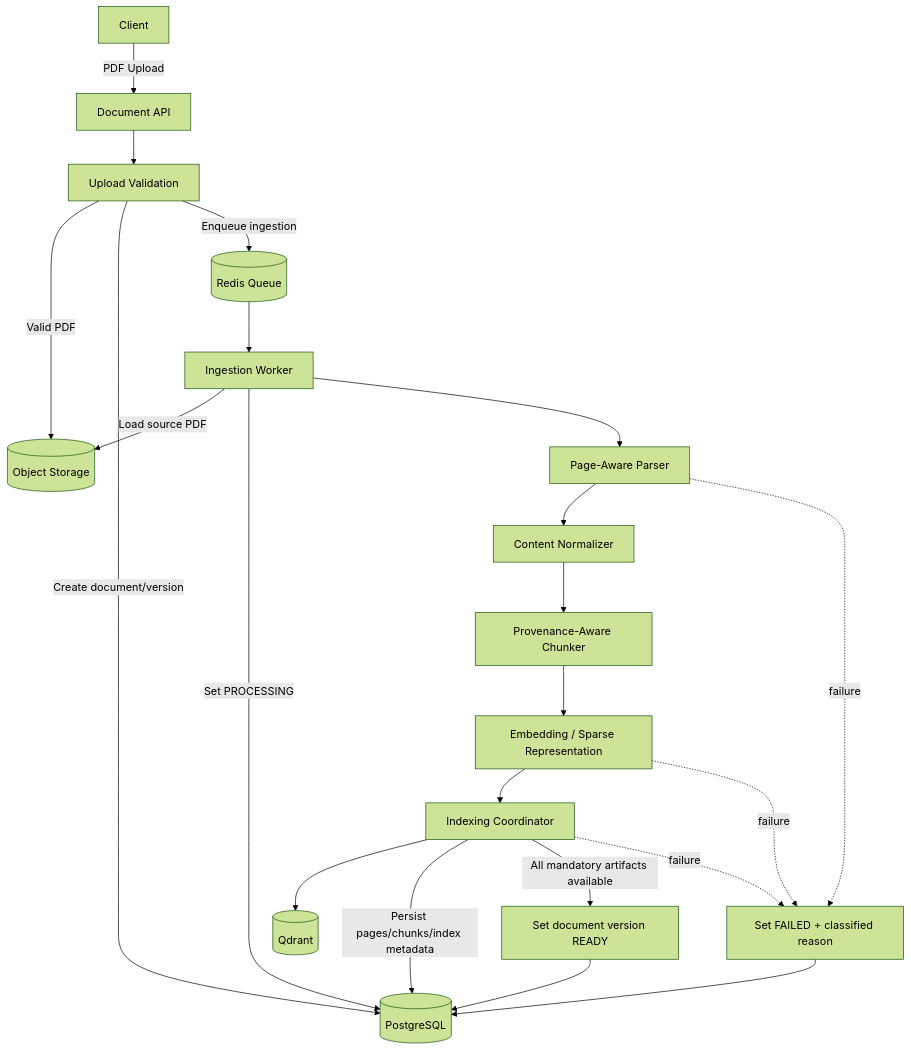
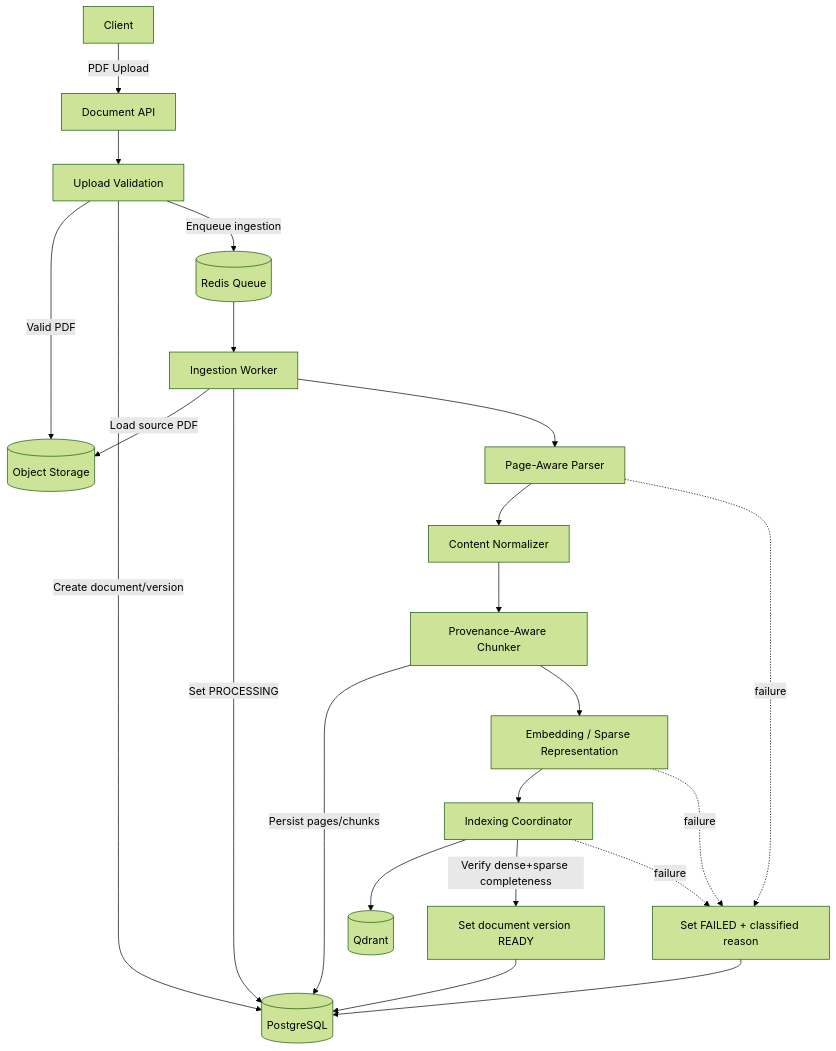
The diagram in docs/architecture/diagrams/02-ingestion-flow.md (pranjulya/cited-RAG-Bot), drawn with Mermaid (forest theme) before and after one commit. The commit also changed other lines of this file and 45 other files, not shown here.

First line of the commit message:
docs: freeze V1 architecture contracts in ADR-011

````diff
--- a/docs/architecture/diagrams/02-ingestion-flow.md
+++ b/docs/architecture/diagrams/02-ingestion-flow.md
@@ -7,40 +7,40 @@
 ```mermaid
 flowchart TD
     CLIENT[Client]
     API[Document API]
     VALIDATE[Upload Validation]
     STORE[(Object Storage)]
     PG[(PostgreSQL)]
     QUEUE[(Redis Queue)]
     WORKER[Ingestion Worker]
     PARSER[Page-Aware Parser]
     NORMALIZE[Content Normalizer]
     CHUNK[Provenance-Aware Chunker]
     EMBED[Embedding / Sparse Representation]
     INDEX[Indexing Coordinator]
     QD[(Qdrant)]
 
     CLIENT -->|PDF Upload| API
     API --> VALIDATE
     VALIDATE -->|Valid PDF| STORE
     VALIDATE -->|Create document/version| PG
     VALIDATE -->|Enqueue ingestion| QUEUE
 
     QUEUE --> WORKER
     WORKER -->|Load source PDF| STORE
     WORKER -->|Set PROCESSING| PG
     WORKER --> PARSER
     PARSER --> NORMALIZE
     NORMALIZE --> CHUNK
+    CHUNK -->|Persist pages/chunks| PG
     CHUNK --> EMBED
     EMBED --> INDEX
     INDEX --> QD
-    INDEX -->|Persist pages/chunks/index metadata| PG
-    INDEX -->|All mandatory artifacts available| READY[Set document version READY]
+    INDEX -->|Verify dense+sparse completeness| READY[Set document version READY]
     READY --> PG
 
     PARSER -. failure .-> FAILED[Set FAILED + classified reason]
     EMBED -. failure .-> FAILED
     INDEX -. failure .-> FAILED
     FAILED --> PG
 ```
````
